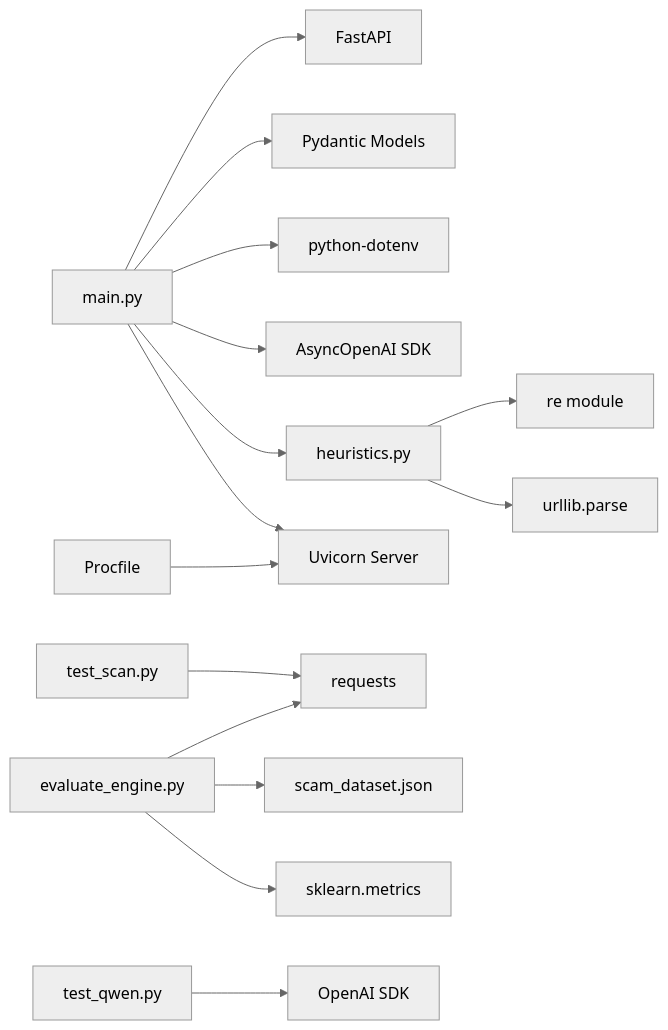
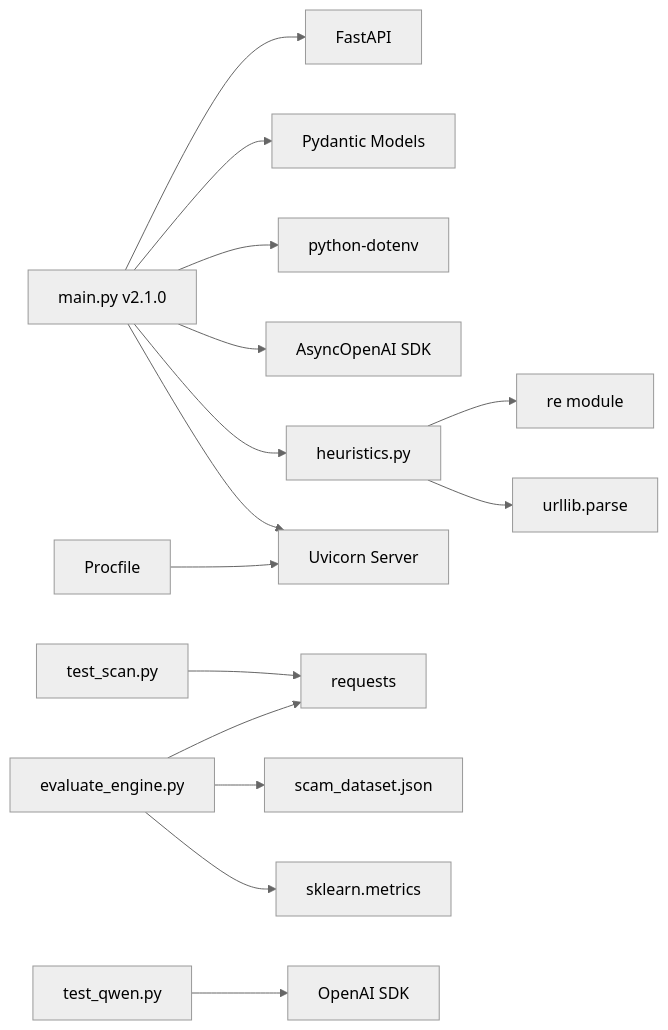
The fifth of 5 diagrams in .qoder/repowiki/en/content/Backend API Documentation.md (Aymanaahh/scrollguard-ai), drawn with Mermaid (neutral theme) before and after one commit. The commit also changed other lines of this file and 28 other files, not shown here.

````diff
--- a/.qoder/repowiki/en/content/Backend API Documentation.md
+++ b/.qoder/repowiki/en/content/Backend API Documentation.md
@@ -525,17 +518,17 @@
 ```mermaid
 graph LR
-Main["main.py"] --> FastAPI["FastAPI"]
+Main["main.py v2.1.0"] --> FastAPI["FastAPI"]
 Main --> Pydantic["Pydantic Models"]
 Main --> DotEnv["python-dotenv"]
 Main --> AsyncOpenAI["AsyncOpenAI SDK"]
 Main --> Heuristics["heuristics.py"]
 Main --> Uvicorn["Uvicorn Server"]
 Heuristics --> Re["re module"]
 Heuristics --> URLLib["urllib.parse"]
 Eval["evaluate_engine.py"] --> Requests["requests"]
 Eval --> Dataset["scam_dataset.json"]
 Eval --> Sklearn["sklearn.metrics"]
 TestScan["test_scan.py"] --> Requests
 TestQwen["test_qwen.py"] --> OpenAI["OpenAI SDK"]
 Procfile["Procfile"] --> Uvicorn
 ```
````
